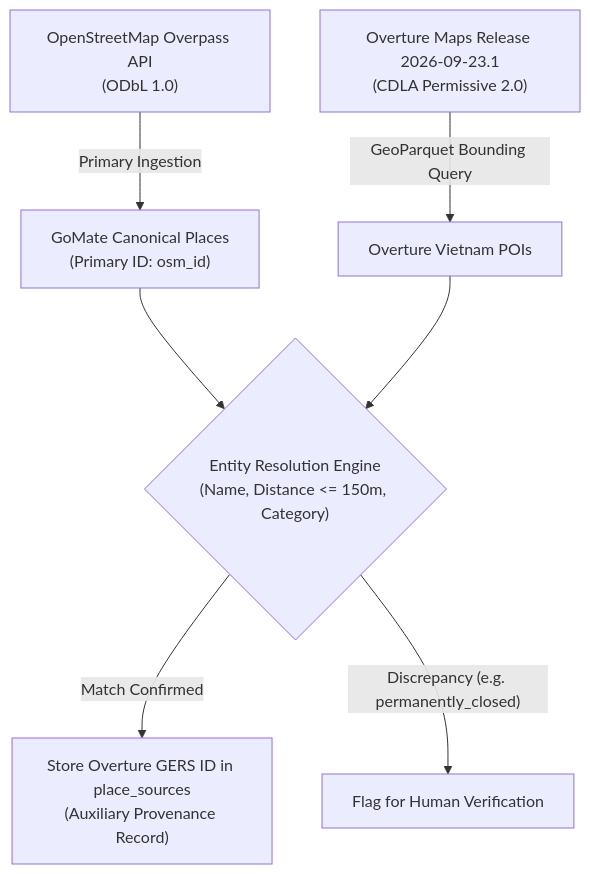
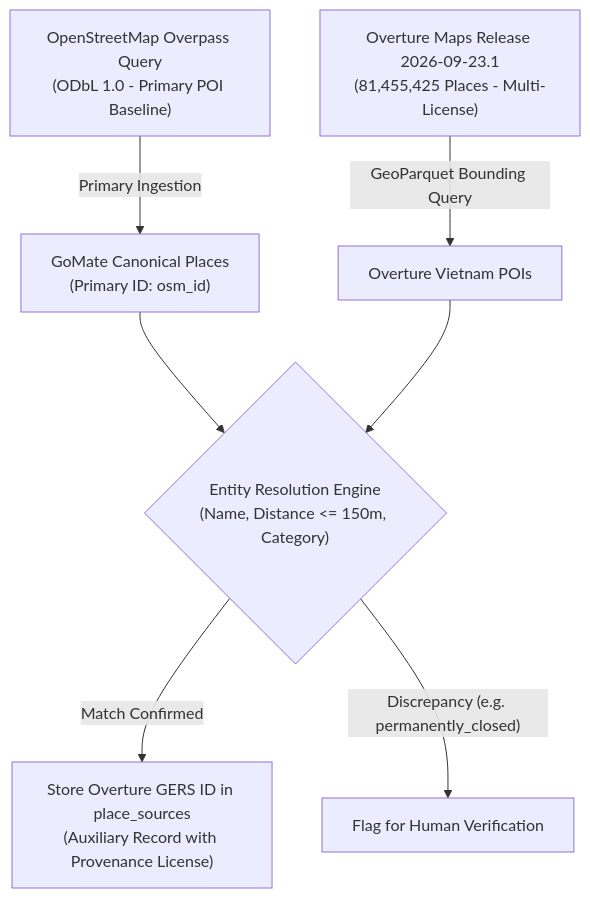
One commit to namnh102/wanderai changed the diagram in docs/data/gomate-overture-evaluation-v1.md. Above: the diagram before and after it, drawn with Mermaid. The commit also changed other lines of this file and 8 other files, not shown here.

Commit message:
docs(data): complete TASK DATA-01B-R1 data contract factual closure, Overture multi-license model, and synthetic preference contract

````diff
--- a/docs/data/gomate-overture-evaluation-v1.md
+++ b/docs/data/gomate-overture-evaluation-v1.md
@@ -58,11 +69,11 @@
 ```mermaid
 flowchart TD
-    OSM["OpenStreetMap Overpass API\n(ODbL 1.0)"] -->|"Primary Ingestion"| CANON["GoMate Canonical Places\n(Primary ID: osm_id)"]
-    OVERTURE["Overture Maps Release 2026-09-23.1\n(CDLA Permissive 2.0)"] -->|"GeoParquet Bounding Query"| O_CAND["Overture Vietnam POIs"]
+    OSM["OpenStreetMap Overpass Query\n(ODbL 1.0 - Primary POI Baseline)"] -->|"Primary Ingestion"| CANON["GoMate Canonical Places\n(Primary ID: osm_id)"]
+    OVERTURE["Overture Maps Release 2026-09-23.1\n(81,455,425 Places - Multi-License)"] -->|"GeoParquet Bounding Query"| O_CAND["Overture Vietnam POIs"]
     
     CANON --> RESOLVE{"Entity Resolution Engine\n(Name, Distance <= 150m, Category)"}
     O_CAND --> RESOLVE
     
-    RESOLVE -->|"Match Confirmed"| AUX["Store Overture GERS ID in place_sources\n(Auxiliary Provenance Record)"]
+    RESOLVE -->|"Match Confirmed"| AUX["Store Overture GERS ID in place_sources\n(Auxiliary Record with Provenance License)"]
     RESOLVE -->|"Discrepancy (e.g. permanently_closed)"| FLAG["Flag for Human Verification"]
 ```
````
